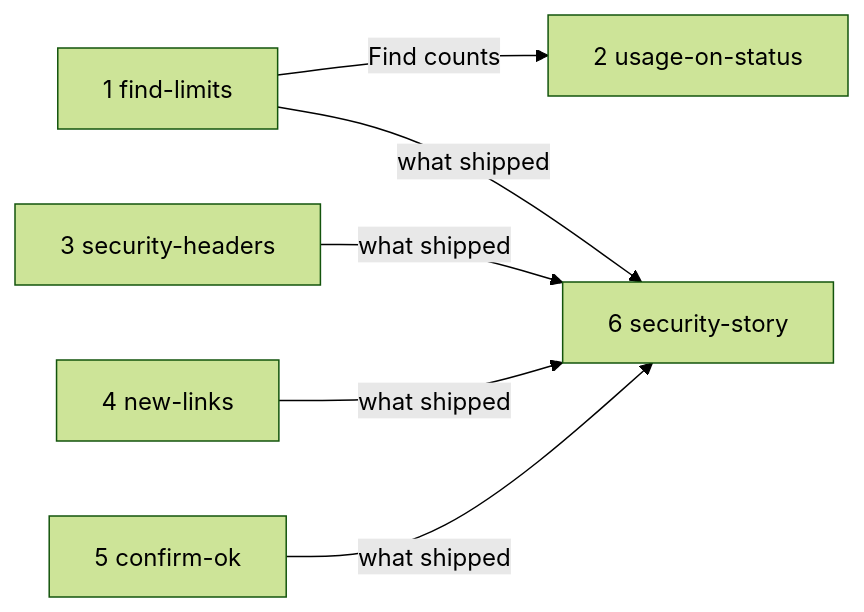
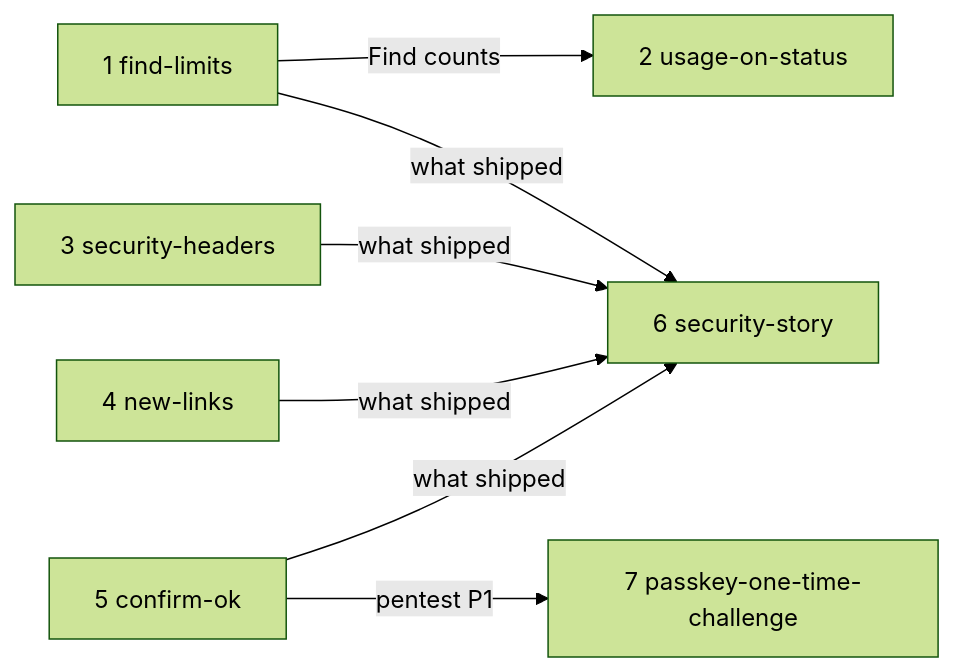
The second of 2 diagrams in docs/specs/security/shape.md (dzaffren/kincart), drawn with Mermaid (forest theme) before and after one commit. The commit also changed other lines of this file and 21 other files, not shown here.

First line of the commit message:
fix(shop): spend each passkey challenge once, for one action (#35)

````diff
--- a/docs/specs/security/shape.md
+++ b/docs/specs/security/shape.md
@@ -25,11 +25,12 @@
 ```mermaid
 flowchart LR
     S1["1 find-limits"] -- "Find counts" --> S2["2 usage-on-status"]
     S3["3 security-headers"]
     S4["4 new-links"]
     S5["5 confirm-ok"]
     S1 -- "what shipped" --> S6["6 security-story"]
     S3 -- "what shipped" --> S6
     S4 -- "what shipped" --> S6
     S5 -- "what shipped" --> S6
+    S5 -- "pentest P1" --> S7["7 passkey-one-time-challenge"]
 ```
````
